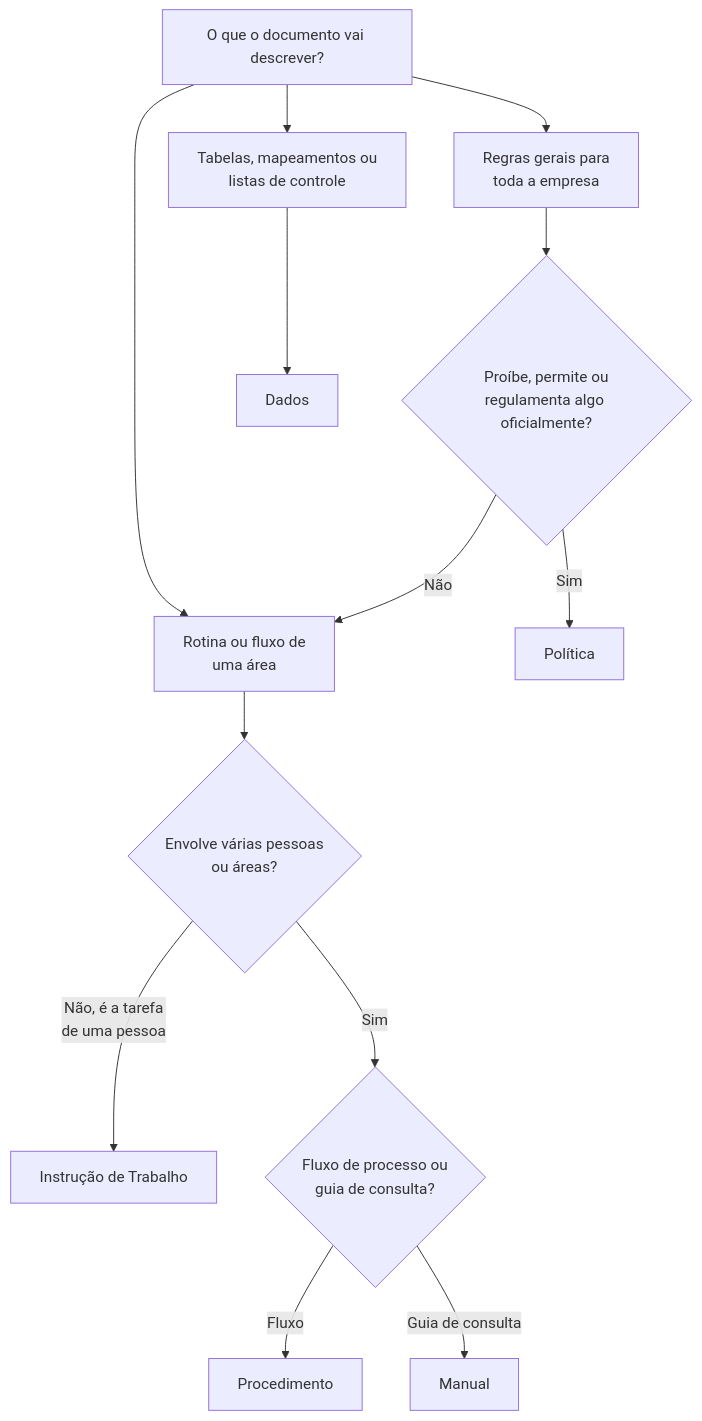
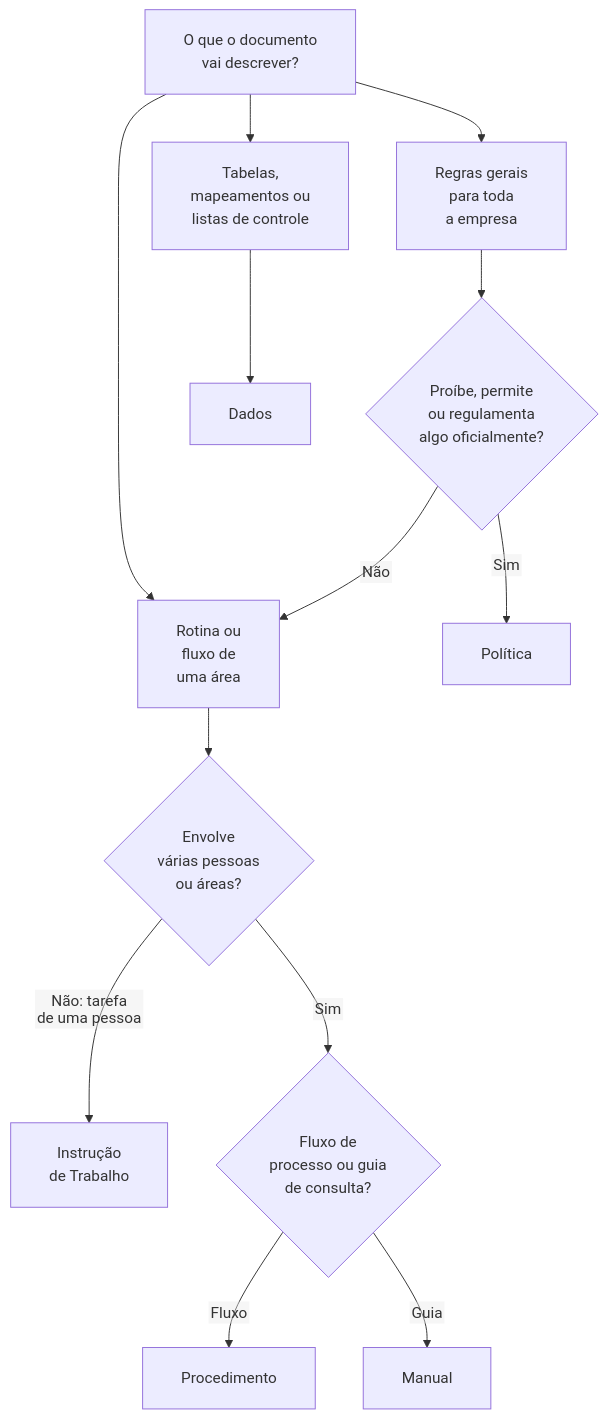
One commit to Nayarah/automacoes-power-automate changed the first of 2 diagrams in governanca-iso-regua-comunicacao/README.md. Above: the diagram before and after it, drawn with Mermaid. The commit also changed other lines of this file, not shown here.

Commit message:
docs: corrige texto cortado nos diagramas do projeto Governança ISO

````diff
--- a/governanca-iso-regua-comunicacao/README.md
+++ b/governanca-iso-regua-comunicacao/README.md
@@ -38,15 +38,16 @@
 ```mermaid
+%%{init: {"flowchart": {"htmlLabels": false, "padding": 20}}}%%
 flowchart TD
-    A[O que o documento vai descrever?] --> B[Regras gerais para<br/>toda a empresa]
-    A --> C[Rotina ou fluxo de<br/>uma área]
-    A --> D[Tabelas, mapeamentos ou<br/>listas de controle]
-    B --> E{Proíbe, permite ou<br/>regulamenta algo oficialmente?}
-    E -->|Sim| POL[Política]
+    A["O que o documento<br/>vai descrever?"] --> B["Regras gerais<br/>para toda<br/>a empresa"]
+    A --> C["Rotina ou<br/>fluxo de<br/>uma área"]
+    A --> D["Tabelas,<br/>mapeamentos ou<br/>listas de controle"]
+    B --> E{"Proíbe, permite<br/>ou regulamenta<br/>algo oficialmente?"}
+    E -->|Sim| POL["Política"]
     E -->|Não| C
-    C --> F{Envolve várias pessoas<br/>ou áreas?}
-    F -->|Não, é a tarefa<br/>de uma pessoa| IDT[Instrução de Trabalho]
-    F -->|Sim| G{Fluxo de processo ou<br/>guia de consulta?}
-    G -->|Fluxo| PRO[Procedimento]
-    G -->|Guia de consulta| MAN[Manual]
-    D --> DAD[Dados]
+    C --> F{"Envolve<br/>várias pessoas<br/>ou áreas?"}
+    F -->|"Não: tarefa<br/>de uma pessoa"| IDT["Instrução<br/>de Trabalho"]
+    F -->|Sim| G{"Fluxo de<br/>processo ou guia<br/>de consulta?"}
+    G -->|Fluxo| PRO["Procedimento"]
+    G -->|Guia| MAN["Manual"]
+    D --> DAD["Dados"]
 ```
````
